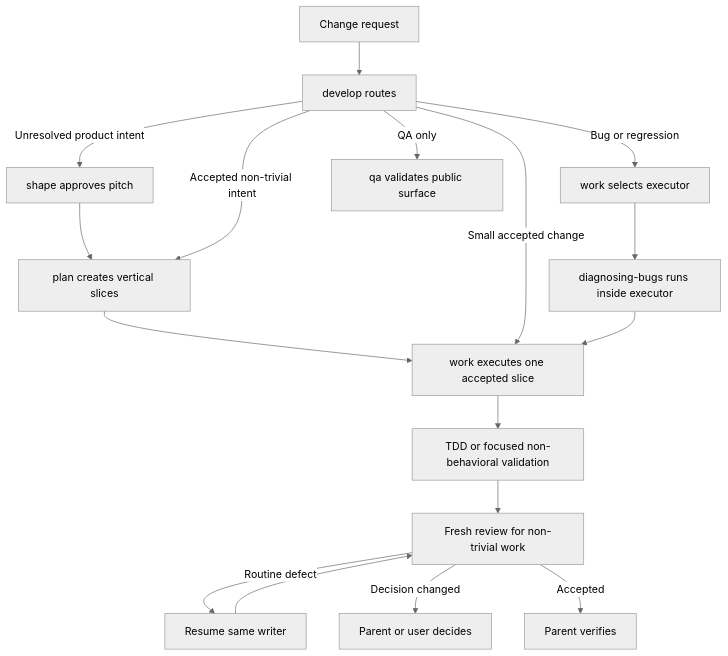
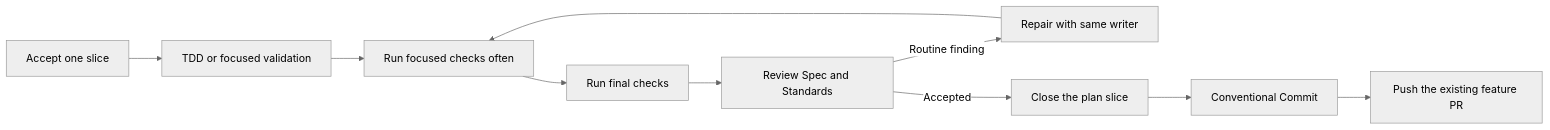
Before and after one commit to mopeyjellyfish/pi-extensions: the diagram in docs/features/quality-first-coding-harness/pitch.md, drawn with Mermaid (neutral theme). The commit also changed other lines of this file and 15 other files, not shown here.

````diff
--- a/docs/features/quality-first-coding-harness/pitch.md
+++ b/docs/features/quality-first-coding-harness/pitch.md
@@ -138,19 +15,12 @@
 ```mermaid
-flowchart TD
-    A[Change request] --> B[develop routes]
-    B -->|Unresolved product intent| C[shape approves pitch]
-    C --> D[plan creates vertical slices]
-    B -->|Accepted non-trivial intent| D
-    D --> E[work executes one accepted slice]
-    B -->|Small accepted change| E
-    B -->|Bug or regression| F[work selects executor]
-    F --> G[diagnosing-bugs runs inside executor]
-    G --> E
-    B -->|QA only| H[qa validates public surface]
-    E --> I[TDD or focused non-behavioral validation]
-    I --> J[Fresh review for non-trivial work]
-    J -->|Routine defect| K[Resume same writer]
-    K --> J
-    J -->|Decision changed| L[Parent or user decides]
-    J -->|Accepted| M[Parent verifies]
+flowchart LR
+    A[Accept one slice] --> B[TDD or focused validation]
+    B --> C[Run focused checks often]
+    C --> D[Run final checks]
+    D --> E[Review Spec and Standards]
+    E -->|Routine finding| F[Repair with same writer]
+    F --> C
+    E -->|Accepted| G[Close the plan slice]
+    G --> H[Conventional Commit]
+    H --> I[Push the existing feature PR]
 ```
````
